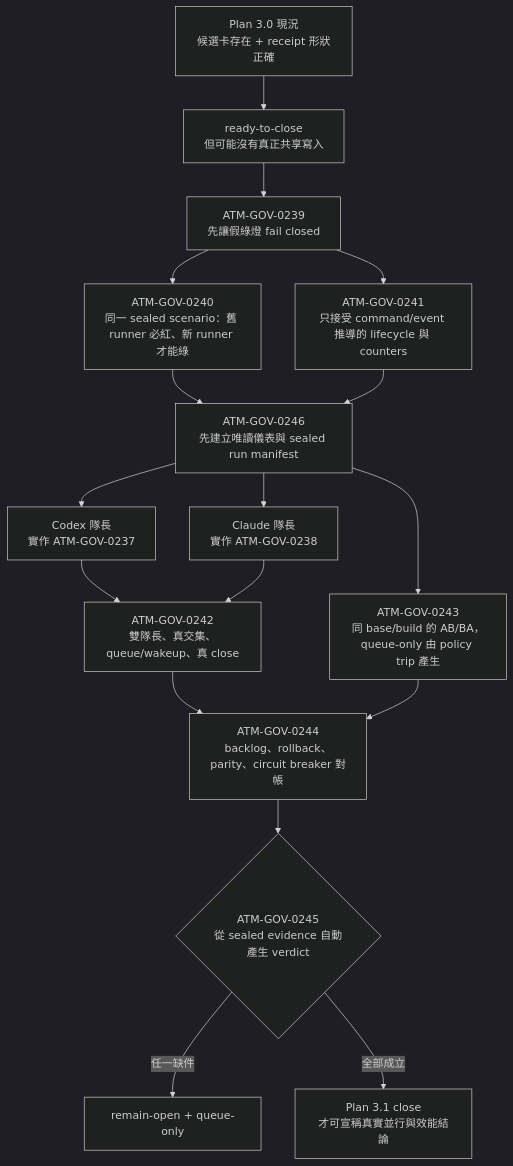
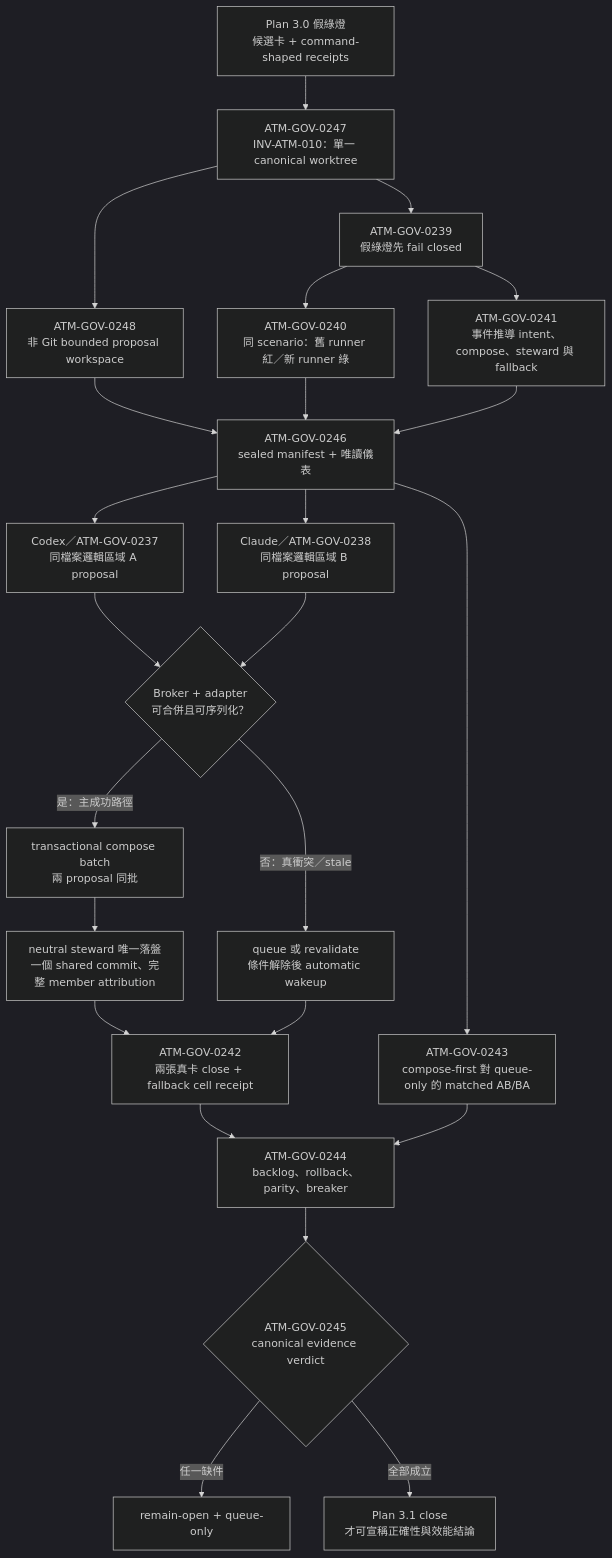
One commit to eaglhuang/3klife changed the diagram in docs/ai_atomic_framework/governance-optimization/end-to-end-auto-batch-performance-plan-v3.md. Above: the diagram before and after it, drawn with Mermaid (dark theme). The commit also changed other lines of this file and 12 other files, not shown here.

Commit message:
docs(atm): align Plan 3.1 with compose-first governance

````diff
--- a/docs/ai_atomic_framework/governance-optimization/end-to-end-auto-batch-performance-plan-v3.md
+++ b/docs/ai_atomic_framework/governance-optimization/end-to-end-auto-batch-performance-plan-v3.md
@@ -87,19 +89,26 @@
 ```mermaid
 flowchart TD
-    A["Plan 3.0 現況<br/>候選卡存在 + receipt 形狀正確"] --> B["ready-to-close<br/>但可能沒有真正共享寫入"]
-    B --> C["ATM-GOV-0239<br/>先讓假綠燈 fail closed"]
-    C --> D["ATM-GOV-0240<br/>同一 sealed scenario：舊 runner 必紅、新 runner 才能綠"]
-    C --> E["ATM-GOV-0241<br/>只接受 command/event 推導的 lifecycle 與 counters"]
-    D --> L["ATM-GOV-0246<br/>先建立唯讀儀表與 sealed run manifest"]
+    A["Plan 3.0 假綠燈<br/>候選卡 + command-shaped receipts"] --> P["ATM-GOV-0247<br/>INV-ATM-010：單一 canonical worktree"]
+    P --> W["ATM-GOV-0248<br/>非 Git bounded proposal workspace"]
+    P --> C["ATM-GOV-0239<br/>假綠燈先 fail closed"]
+    C --> D["ATM-GOV-0240<br/>同 scenario：舊 runner 紅／新 runner 綠"]
+    C --> E["ATM-GOV-0241<br/>事件推導 intent、compose、steward 與 fallback"]
+    W --> L["ATM-GOV-0246<br/>sealed manifest + 唯讀儀表"]
+    D --> L
     E --> L
-    L --> CA["Codex 隊長<br/>實作 ATM-GOV-0237"]
-    L --> CL["Claude 隊長<br/>實作 ATM-GOV-0238"]
-    CA --> F["ATM-GOV-0242<br/>雙隊長、真交集、queue/wakeup、真 close"]
-    CL --> F
-    L --> G["ATM-GOV-0243<br/>同 base/build 的 AB/BA，queue-only 由 policy trip 產生"]
-    F --> H["ATM-GOV-0244<br/>backlog、rollback、parity、circuit breaker 對帳"]
+    L --> CA["Codex／ATM-GOV-0237<br/>同檔案邏輯區域 A proposal"]
+    L --> CL["Claude／ATM-GOV-0238<br/>同檔案邏輯區域 B proposal"]
+    CA --> B{"Broker + adapter<br/>可合併且可序列化？"}
+    CL --> B
+    B -->|"是：主成功路徑"| M["transactional compose batch<br/>兩 proposal 同批"]
+    M --> S["neutral steward 唯一落盤<br/>一個 shared commit、完整 member attribution"]
+    B -->|"否：真衝突／stale"| Q["queue 或 revalidate<br/>條件解除後 automatic wakeup"]
+    S --> F["ATM-GOV-0242<br/>兩張真卡 close + fallback cell receipt"]
+    Q --> F
+    L --> G["ATM-GOV-0243<br/>compose-first 對 queue-only 的 matched AB/BA"]
+    F --> H["ATM-GOV-0244<br/>backlog、rollback、parity、breaker"]
     G --> H
-    H --> I{"ATM-GOV-0245<br/>從 sealed evidence 自動產生 verdict"}
+    H --> I{"ATM-GOV-0245<br/>canonical evidence verdict"}
     I -->|"任一缺件"| J["remain-open + queue-only"]
-    I -->|"全部成立"| K["Plan 3.1 close<br/>才可宣稱真實並行與效能結論"]
+    I -->|"全部成立"| K["Plan 3.1 close<br/>才可宣稱正確性與效能結論"]
 ```
````
